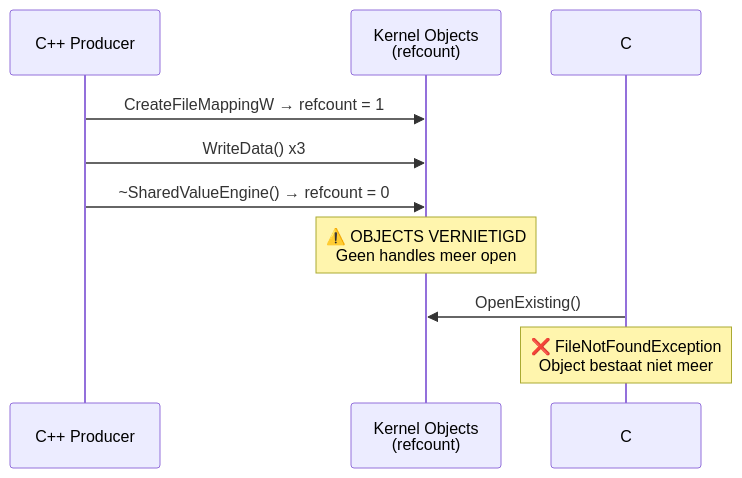
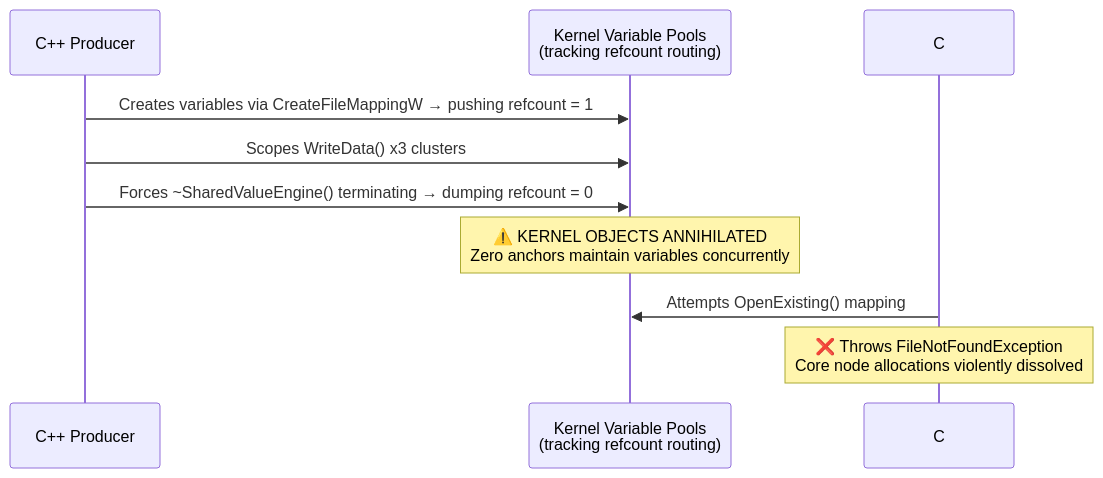
One commit to snodeplannen/sharedvar changed diagram 14 of 23 in SharedValueV3_MemMap/ARCHITECTURE.md. Above: the diagram before and after it, drawn with Mermaid. The commit also changed other lines of this file and 90 other files, not shown here.

````diff
--- a/SharedValueV3_MemMap/ARCHITECTURE.md
+++ b/SharedValueV3_MemMap/ARCHITECTURE.md
@@ -495,14 +495,14 @@
 ```mermaid
 sequenceDiagram
     participant P as C++ Producer
-    participant K as Kernel Objects<br/>(refcount)
-    participant C as C# Consumer
+    participant K as Kernel Variable Pools<br/>(tracking refcount routing)
+    participant C as C# Consumer Base
 
-    P->>K: CreateFileMappingW → refcount = 1
-    P->>K: WriteData() x3
-    P->>K: ~SharedValueEngine() → refcount = 0
-    Note over K: ⚠️ OBJECTS VERNIETIGD<br/>Geen handles meer open
+    P->>K: Creates variables via CreateFileMappingW → pushing refcount = 1
+    P->>K: Scopes WriteData() x3 clusters
+    P->>K: Forces ~SharedValueEngine() terminating → dumping refcount = 0
+    Note over K: ⚠️ KERNEL OBJECTS ANNIHILATED<br/>Zero anchors maintain variables concurrently
 
-    C->>K: OpenExisting()
-    Note over C: ❌ FileNotFoundException<br/>Object bestaat niet meer
+    C->>K: Attempts OpenExisting() mapping
+    Note over C: ❌ Throws FileNotFoundException<br/>Core node allocations violently dissolved
 ```
````
